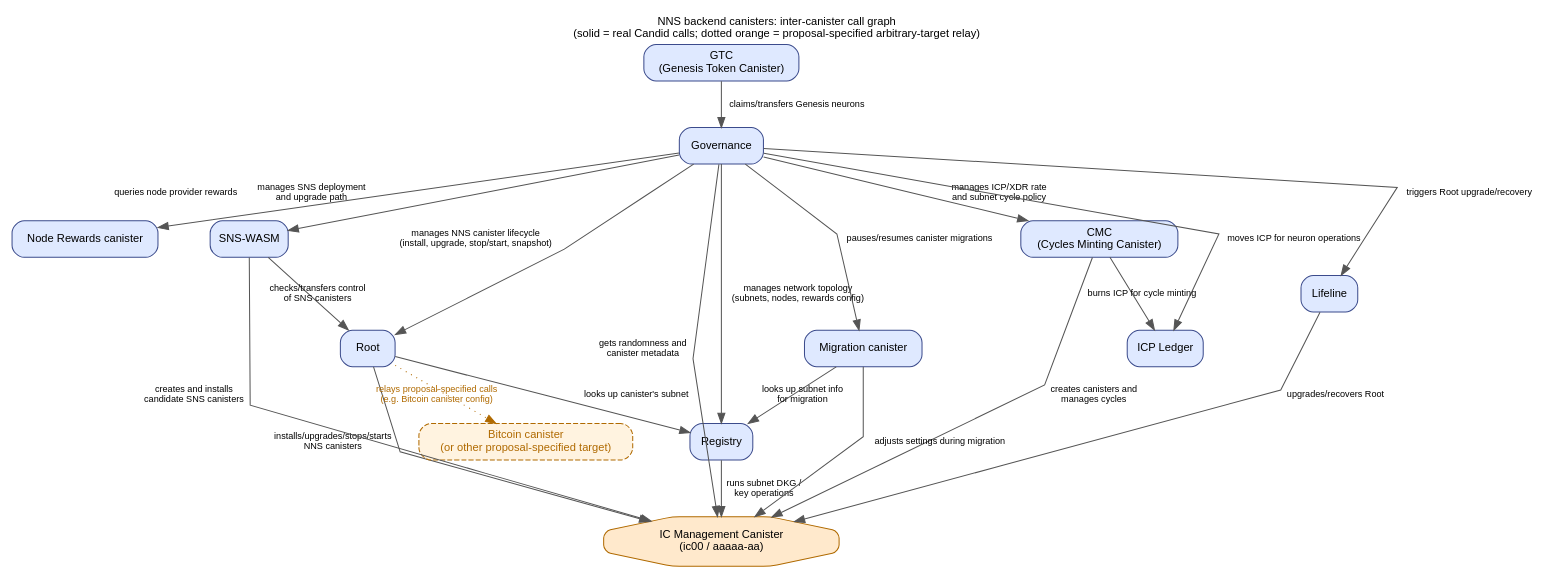
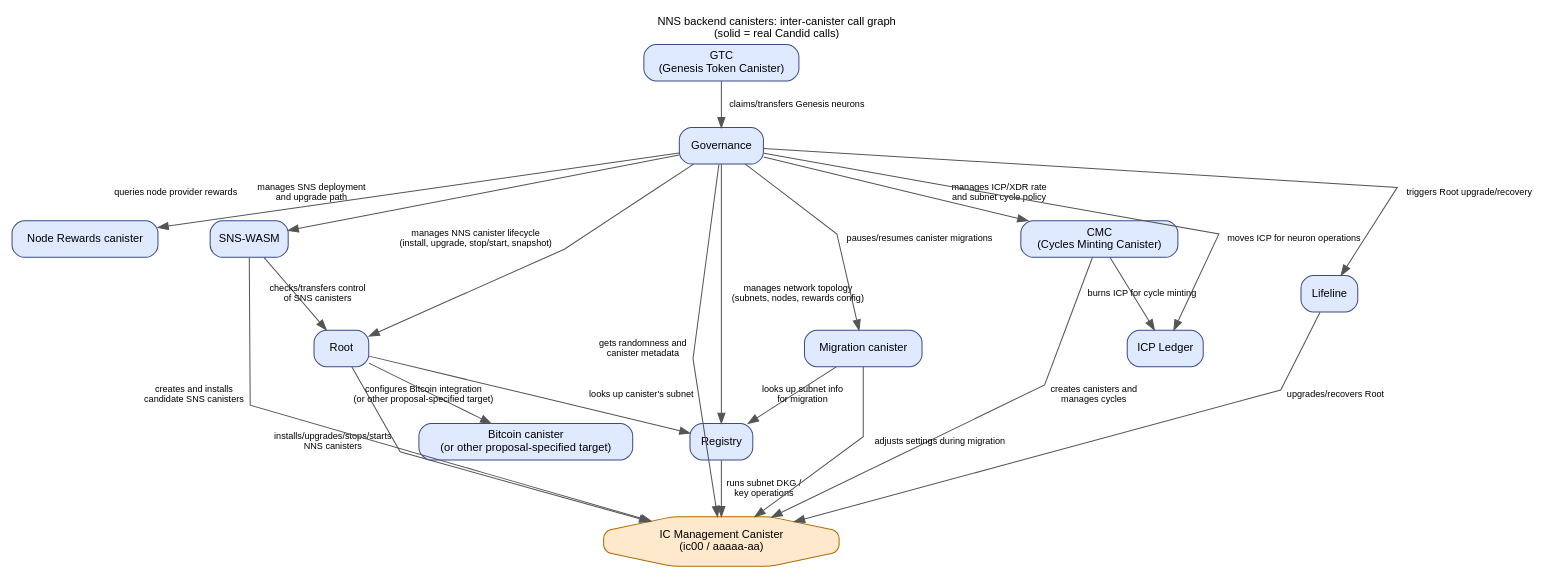
One commit to dfinity/ic changed the diagram in rs/nns/docs/canister_call_graph.dot. Above: the diagram before and after it, drawn with Graphviz. The commit also changed 1 other file, not shown here.

Commit message:
docs(nns): drop special styling for Bitcoin canister node/edge
Per review feedback, the Root -> Bitcoin canister (ArbitraryCanister)
node and edge no longer use the dashed/orange "arbitrary-target relay"
styling. They now render with the same shape, fill, border, and solid
edge style as every other canister in the diagram, with a plain edge
label describing the relationship.

```diff
--- a/rs/nns/docs/canister_call_graph.dot
+++ b/rs/nns/docs/canister_call_graph.dot
@@ -1,72 +1,72 @@
 digraph NNSBackendCanisterCalls {
-  graph [fontname="Helvetica", fontsize=11, labelloc=t, splines=line, label="NNS backend canisters: inter-canister call graph\n(solid = real Candid calls; dotted orange = proposal-specified arbitrary-target relay)"];
+  graph [fontname="Helvetica", fontsize=11, labelloc=t, splines=line, label="NNS backend canisters: inter-canister call graph\n(solid = real Candid calls)"];
   node [shape=box, style="rounded,filled", fontname="Helvetica", fontsize=11, fillcolor="#eef2ff", color="#3b4b8c"];
   edge [fontname="Helvetica", fontsize=9, color="#555555"];
 
   // Node declaration order below (left-to-right in the rendered layout) is
   // chosen to balance visual weight on either side of the GTC -> Governance
   // -> Registry -> IC Management trunk (see weight=10 edges on those edges),
   // not to match any semantic grouping.
   NodeRewards  [label="Node Rewards canister", fillcolor="#dfe9ff"];
   Root         [fillcolor="#dfe9ff"];
   Governance   [fillcolor="#dfe9ff"];
   Registry     [fillcolor="#dfe9ff"];
   SnsWasm      [label="SNS-WASM", fillcolor="#dfe9ff"];
   Cmc          [label="CMC\n(Cycles Minting Canister)", fillcolor="#dfe9ff"];
   Gtc          [label="GTC\n(Genesis Token Canister)", fillcolor="#dfe9ff"];
   Lifeline     [fillcolor="#dfe9ff"];
   Ledger       [label="ICP Ledger", fillcolor="#dfe9ff"];
   Migration    [label="Migration canister", fillcolor="#dfe9ff"];
   IcManagement [label="IC Management Canister\n(ic00 / aaaaa-aa)", shape=octagon, fillcolor="#ffe9cc", color="#b06a00"];
-  ArbitraryCanister [label="Bitcoin canister\n(or other proposal-specified target)", style="rounded,filled,dashed", fillcolor="#fff3e0", color="#b06a00", fontcolor="#b06a00"];
+  ArbitraryCanister [label="Bitcoin canister\n(or other proposal-specified target)", fillcolor="#dfe9ff"];
 
   // ---- Governance outbound ----
   Governance -> Root     [label="manages NNS canister lifecycle\n(install, upgrade, stop/start, snapshot)"];
   Governance -> Registry [label="manages network topology\n(subnets, nodes, rewards config)", weight=10];
   Governance -> SnsWasm  [label="manages SNS deployment\nand upgrade path"];
   Governance -> Cmc      [label="manages ICP/XDR rate\nand subnet cycle policy"];
   Governance -> Ledger   [label="moves ICP for neuron operations"];
   Governance -> Lifeline [label="triggers Root upgrade/recovery"];
   Governance -> Migration [label="pauses/resumes canister migrations"];
   Governance -> NodeRewards [label="queries node provider rewards"];
   Governance -> IcManagement [label="gets randomness and\ncanister metadata"];
 
   // ---- Root outbound ----
   Root -> IcManagement [label="installs/upgrades/stops/starts\nNNS canisters"];
   Root -> Registry     [label="looks up canister's subnet"];
-  Root -> ArbitraryCanister [label="relays proposal-specified calls\n(e.g. Bitcoin canister config)", style=dotted, color="#b06a00", fontcolor="#b06a00"];
+  Root -> ArbitraryCanister [label="configures Bitcoin integration\n(or other proposal-specified target)"];
 
   // ---- Root -> Governance: NOT a real Candid call ----
   // (No confirmed rs/nns/handlers/root call into Governance's own API.)
   // Root's Governance -> Root change_nns_canister edge above can result in
   // Root calling ic00.install_code with canister_id=Governance -- but that's
   // already covered by the generic "Root -> IcManagement" lifecycle edge.
   // NOTE: Governance's #[post_upgrade] (rs/nns/governance/canister/canister.rs:150-151)
   // takes NO argument and restores state purely from stable memory, so there is
   // no "upgrade arg passed from Root to Governance" to depict -- omitted.
 
   // ---- Lifeline outbound ----
   Lifeline -> IcManagement [label="upgrades/recovers Root"];
 
   // ---- SNS-WASM outbound ----
   SnsWasm -> IcManagement [label="creates and installs\ncandidate SNS canisters"];
   SnsWasm -> Root         [label="checks/transfers control\nof SNS canisters"];
 
   // ---- GTC outbound ----
   // weight=10 pulls this edge straight so the GTC -> Governance -> Registry ->
   // IC Management spine renders centered instead of drifting to one side.
   Gtc -> Governance [label="claims/transfers Genesis neurons", weight=10];
 
   // ---- CMC outbound ----
   Cmc -> IcManagement [label="creates canisters and\nmanages cycles"];
   Cmc -> Ledger       [label="burns ICP for cycle minting"];
 
   // ---- Migration canister outbound ----
   Migration -> IcManagement [label="adjusts settings during migration"];
   Migration -> Registry     [label="looks up subnet info\nfor migration"];
 
   // ---- Registry outbound ----
   Registry -> IcManagement [label="runs subnet DKG /\nkey operations", weight=10];
 
   // Node Rewards canister: no confirmed outbound calls found (read-only via caller checks).
 }
```
